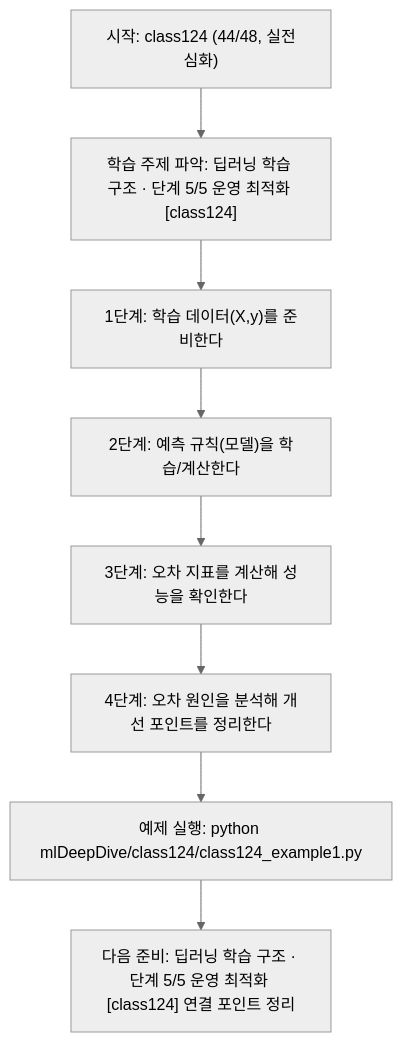
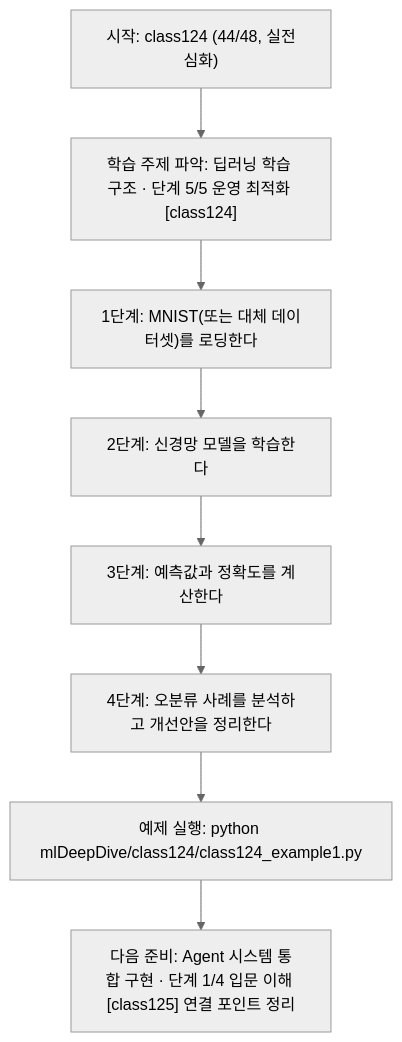
Before and after one commit to edumgt/Python-AI_Agent-Class: the diagram in mlDeepDive/class124/class124.md, drawn with Mermaid (neutral theme). The commit also changed other lines of this file and 338 other files, not shown here.

````diff
--- a/mlDeepDive/class124/class124.md
+++ b/mlDeepDive/class124/class124.md
@@ -110,18 +91,18 @@
 ```mermaid
 flowchart TD
 N1["시작: class124 (44/48, 실전심화)"]
 N2["학습 주제 파악: 딥러닝 학습 구조 · 단계 5/5 운영 최적화 [class124]"]
-N3["1단계: 학습 데이터(X,y)를 준비한다"]
-N4["2단계: 예측 규칙(모델)을 학습/계산한다"]
-N5["3단계: 오차 지표를 계산해 성능을 확인한다"]
-N6["4단계: 오차 원인을 분석해 개선 포인트를 정리한다"]
+N3["1단계: MNIST(또는 대체 데이터셋)를 로딩한다"]
+N4["2단계: 신경망 모델을 학습한다"]
+N5["3단계: 예측값과 정확도를 계산한다"]
+N6["4단계: 오분류 사례를 분석하고 개선안을 정리한다"]
 N7["예제 실행: python mlDeepDive/class124/class124_example1.py"]
-N8["다음 준비: 딥러닝 학습 구조 · 단계 5/5 운영 최적화 [class124] 연결 포인트 정리"]
+N8["다음 준비: Agent 시스템 통합 구현 · 단계 1/4 입문 이해 [class125] 연결 포인트 정리"]
 N1 --> N2
 N2 --> N3
 N3 --> N4
 N4 --> N5
 N5 --> N6
 N6 --> N7
 N7 --> N8
 ```
````
